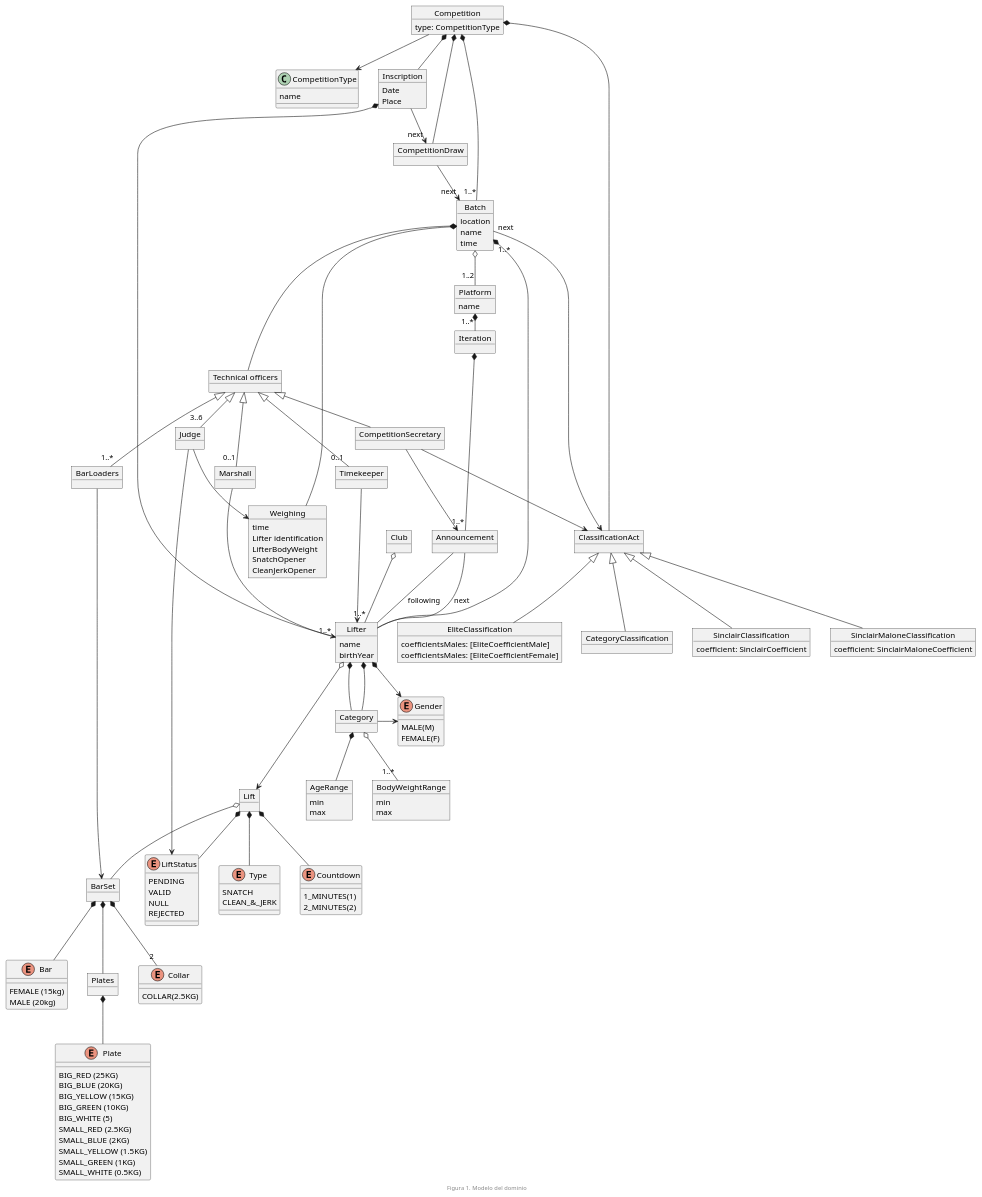
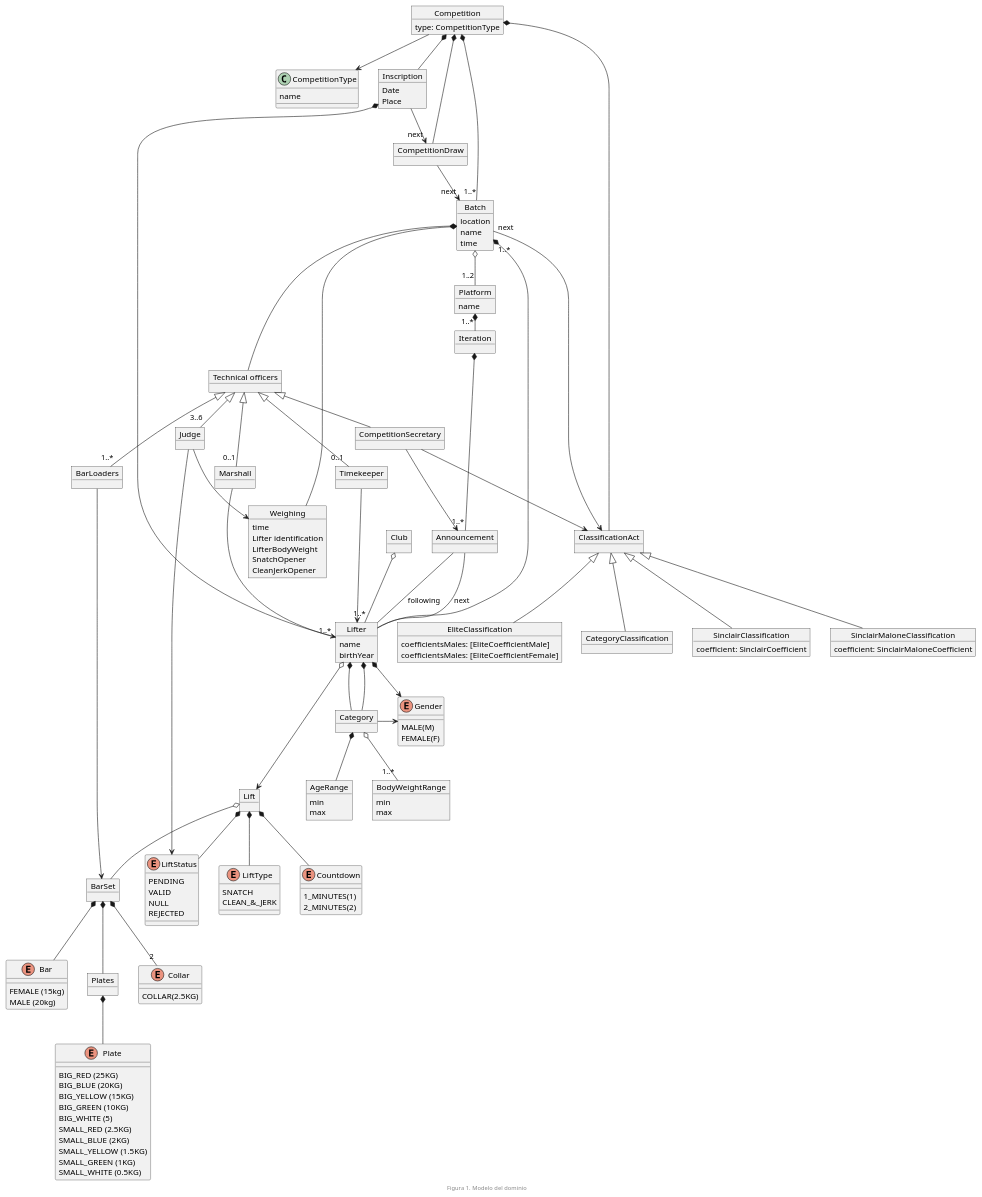
One commit to zuldare/mastercloud_pfm_halterocms changed the diagram in documentation/diagrams/0_context/0_modelDomain/competitionDomainModel.puml. Above: the diagram before and after it, drawn with PlantUML. The commit also changed 1 other file, not shown here.

Commit message:
ClassDiagram

```diff
--- a/documentation/diagrams/0_context/0_modelDomain/competitionDomainModel.puml
+++ b/documentation/diagrams/0_context/0_modelDomain/competitionDomainModel.puml
@@ -75,7 +75,7 @@
 
 object Lift
 
-enum Type {
+enum LiftType {
   SNATCH
   CLEAN_&_JERK
 }
@@ -175,7 +175,7 @@
 Announcement -- Lifter : next
 Announcement -- Lifter : following
 
-Lift *-- Type
+Lift *-- LiftType
 Lift *-- LiftStatus
 Lift *-- Countdown
 Lift o-- BarSet
```
